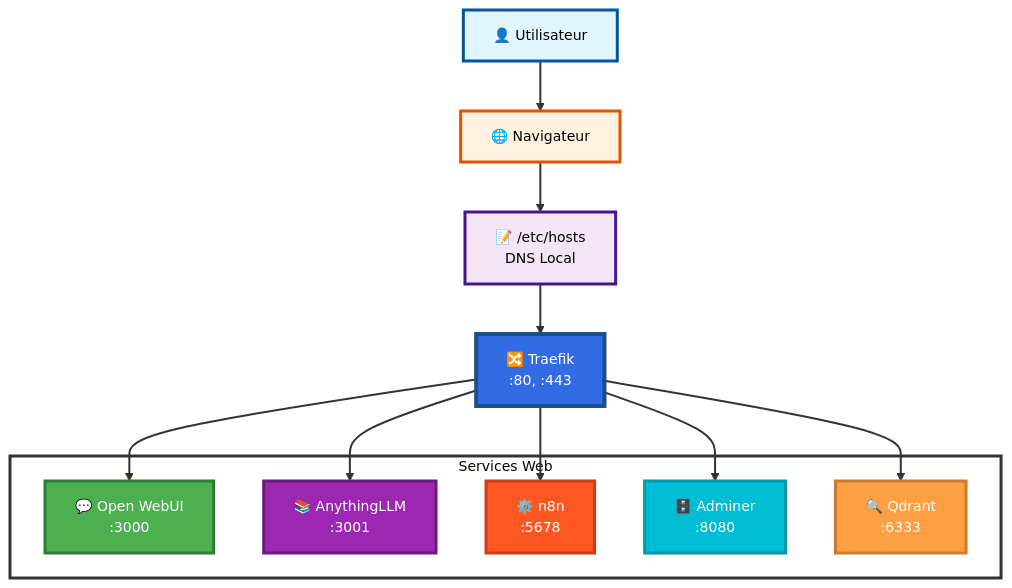
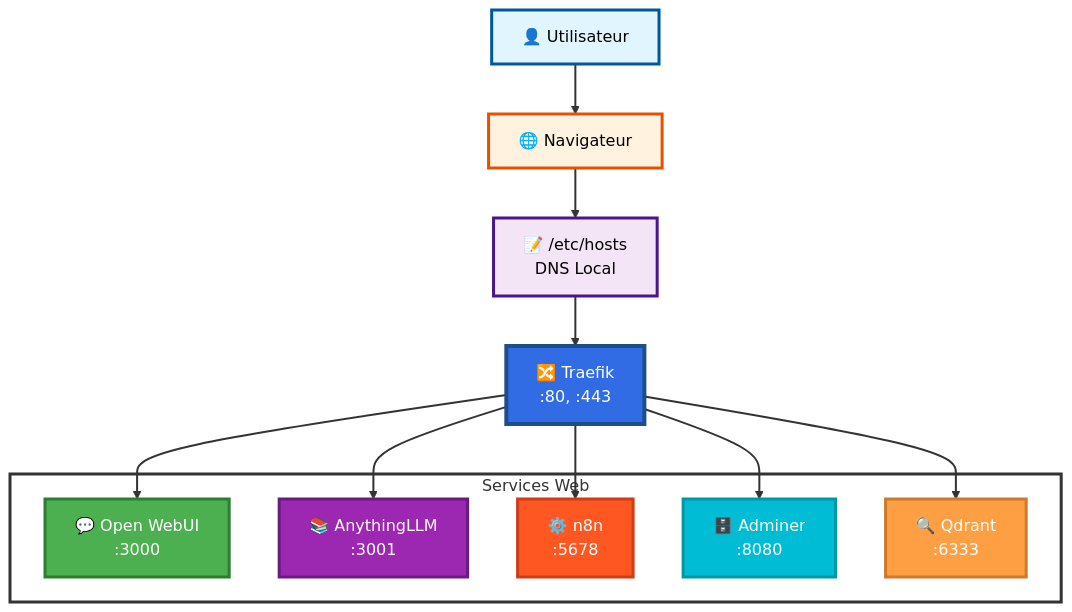
Before and after one commit to MPFabio/Stack-IA: diagram 11 of 14 in docs/ARCHITECTURE.md, drawn with Mermaid. The commit also changed other lines of this file, not shown here.

````diff
--- a/docs/ARCHITECTURE.md
+++ b/docs/ARCHITECTURE.md
@@ -777,38 +809,38 @@
 ```mermaid
-%%{init: {'theme':'base', 'themeVariables': { 'fontSize':'14px'}}}%%
+%%{init: {'theme':'neutral'}}%%
 graph TB
     USER["👤 Utilisateur"]
     BROWSER["🌐 Navigateur"]
     HOSTS["📝 /etc/hosts<br/>DNS Local"]
     TRAEFIK["🔀 Traefik<br/>:80, :443"]
     
     subgraph SERVICES["Services Web"]
         WEBUI["💬 Open WebUI<br/>:3000"]
         ANYTHING["📚 AnythingLLM<br/>:3001"]
         N8N["⚙️ n8n<br/>:5678"]
         ADMINER["🗄️ Adminer<br/>:8080"]
         QDRANT_UI["🔍 Qdrant<br/>:6333"]
     end
     
     USER --> BROWSER
     BROWSER --> HOSTS
     HOSTS --> TRAEFIK
     TRAEFIK ==> WEBUI
     TRAEFIK ==> ANYTHING
     TRAEFIK ==> N8N
     TRAEFIK ==> ADMINER
     TRAEFIK ==> QDRANT_UI
     
     style USER fill:#e1f5fe,stroke:#01579b,stroke-width:3px,color:#000
     style BROWSER fill:#fff3e0,stroke:#e65100,stroke-width:3px,color:#000
     style HOSTS fill:#f3e5f5,stroke:#4a148c,stroke-width:3px,color:#000
     style TRAEFIK fill:#326ce5,stroke:#1e4d8b,stroke-width:4px,color:#fff
     style WEBUI fill:#4CAF50,stroke:#2e7d32,stroke-width:3px,color:#fff
     style ANYTHING fill:#9C27B0,stroke:#6a1b7f,stroke-width:3px,color:#fff
     style N8N fill:#FF5722,stroke:#cc3d18,stroke-width:3px,color:#fff
     style ADMINER fill:#00BCD4,stroke:#0097a7,stroke-width:3px,color:#fff
     style QDRANT_UI fill:#ff9f43,stroke:#cc7a2e,stroke-width:3px,color:#fff
     style SERVICES fill:#ffffff,stroke:#333,stroke-width:3px
     
     linkStyle default stroke:#333,stroke-width:2px
 ```
````
